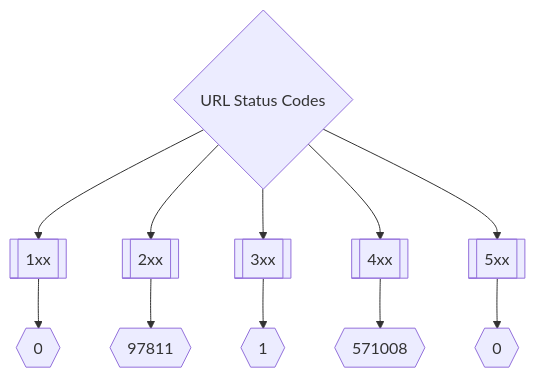
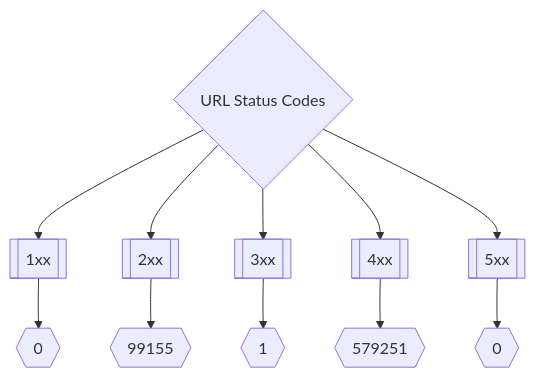
One commit to trickest/inventory changed the second of 3 diagrams in README.md. Above: the diagram before and after it, drawn with Mermaid. The commit also changed other lines of this file, not shown here.

Commit message:
Update README.md Fri Jul 22 21:17:43 UTC 2022

````diff
--- a/README.md
+++ b/README.md
@@ -175,8 +175,8 @@
 ```mermaid
 graph TD
 title{URL Status Codes} --> 1xx[[1xx]] --> status1xxNum{{0}}
-title --> 2xx[[2xx]] --> status2xxNum{{97811}}
+title --> 2xx[[2xx]] --> status2xxNum{{99155}}
 title --> 3xx[[3xx]] --> status3xxNum{{1}}
-title --> 4xx[[4xx]] --> status4xxNum{{571008}}
+title --> 4xx[[4xx]] --> status4xxNum{{579251}}
 title --> 5xx[[5xx]] --> status5xxNum{{0}}
 ```
````
